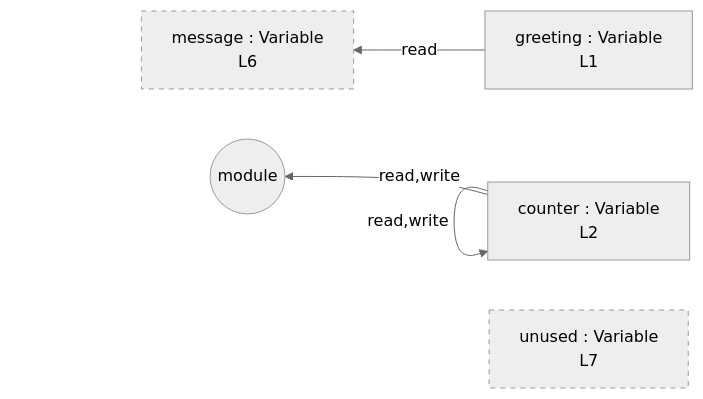
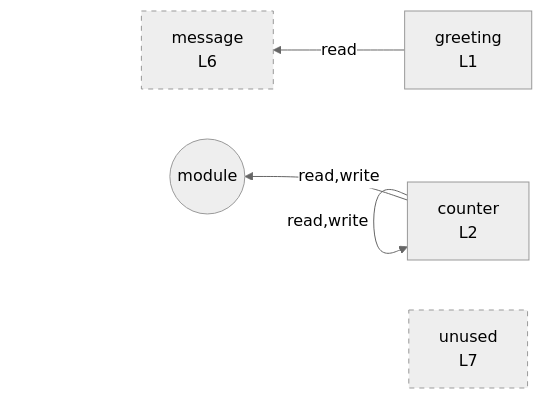
Before and after one commit to crescware/unsnarl: the diagram in integration/fixtures/simple-const-let/preview.md, drawn with Mermaid (neutral theme). The commit also changed 27 other files, not shown here.

First line of the commit message:
refactor(mermaid): drop ": Variable" noise, decorate kinds inline

````diff
--- a/integration/fixtures/simple-const-let/preview.md
+++ b/integration/fixtures/simple-const-let/preview.md
@@ -17,16 +17,16 @@
 ```mermaid
 flowchart RL
-  n_scope_0_greeting_6["greeting : Variable<br/>L1"]
-  n_scope_0_counter_30["counter : Variable<br/>L2"]
-  n_scope_0_message_97["message : Variable<br/>L6"]
-  n_scope_0_unused_123["unused : Variable<br/>L7"]
+  n_scope_0_greeting_6["greeting<br/>L1"]
+  n_scope_0_counter_30["counter<br/>L2"]
+  n_scope_0_message_97["message<br/>L6"]
+  n_scope_0_unused_123["unused<br/>L7"]
   n_scope_0_counter_30 -->|write| n_scope_0_counter_30
   n_scope_0_counter_30 -->|read| n_scope_0_counter_30
   n_scope_0_counter_30 -->|read,write| n_scope_0_counter_30
   n_scope_0_counter_30 -->|read,write| module_root
   n_scope_0_greeting_6 -->|read| n_scope_0_message_97
   module_root((module))
   classDef unused stroke-dasharray: 5 5;
   class n_scope_0_message_97 unused;
   class n_scope_0_unused_123 unused;
 ```
````
